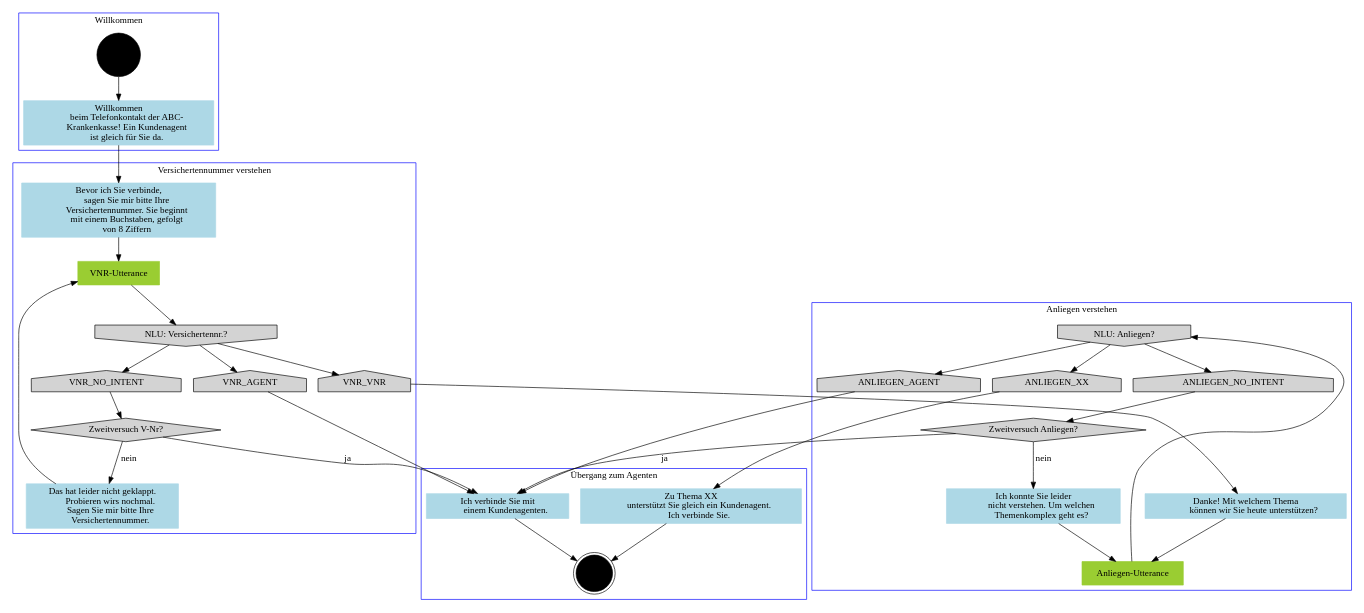
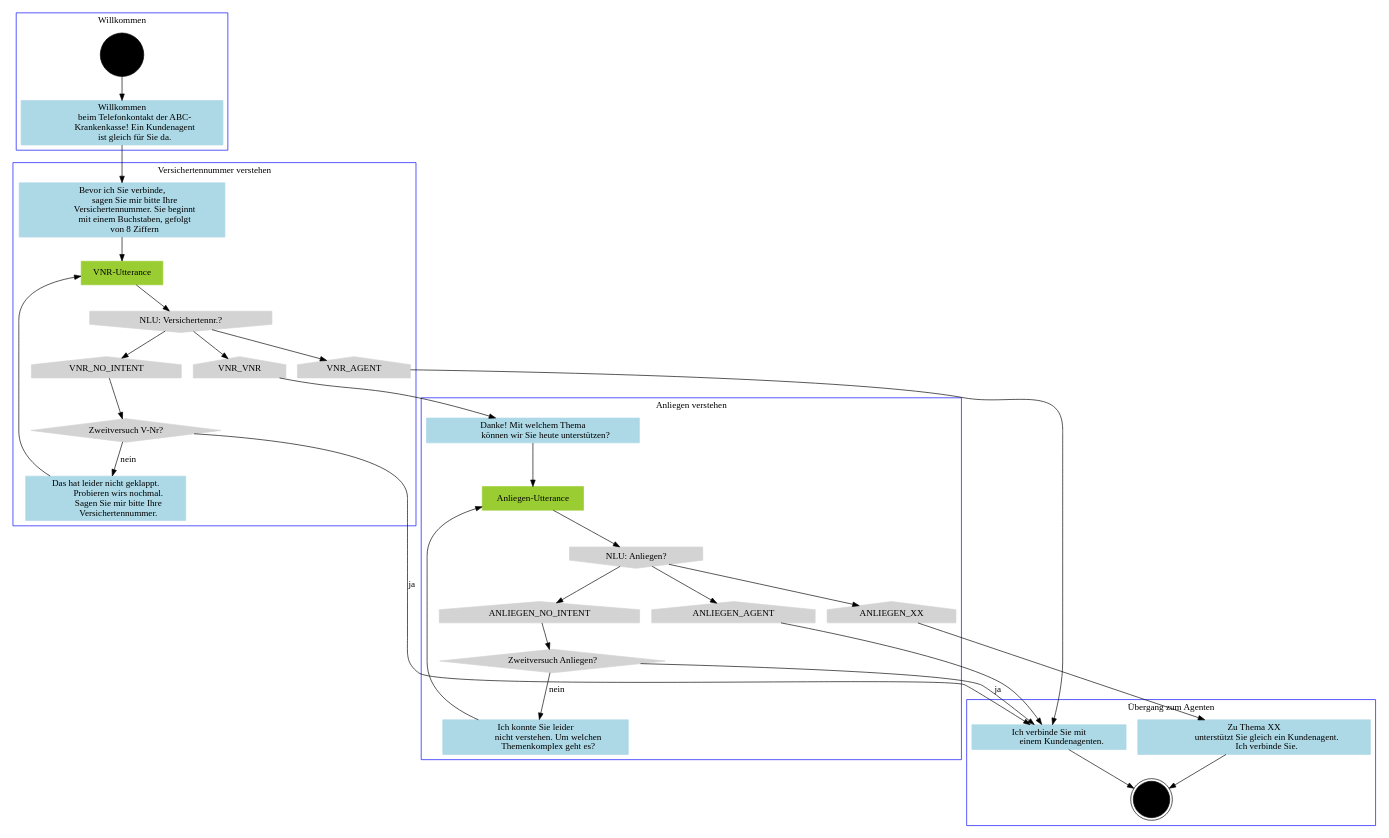
One commit to BrianInGermany/BrianInGermany.github.io changed the diagram in assets/flow.dot. Above: the diagram before and after it, drawn with Graphviz. The commit also changed 2 other files, not shown here.

```diff
--- a/assets/flow.dot
+++ b/assets/flow.dot
@@ -1,93 +1,114 @@
 digraph tel_flow {
-    node[style=filled]
-    start[shape=circle,color=black]
-    end[shape=doublecircle,color=black]
-    prompt_welcome[shape=box,color=lightblue,label="Willkommen
-        beim Telefonkontakt der ABC-
-        Krankenkasse! Ein Kundenagent 
-        ist gleich für Sie da."]
-    prompt_vnr[shape=box,color=lightblue,label="Bevor ich Sie verbinde,
-        sagen Sie mir bitte Ihre
-        Versichertennummer. Sie beginnt 
-        mit einem Buchstaben, gefolgt
-        von 8 Ziffern"]
-    utterance_vnr[shape=box,color=yellowgreen,label="VNR-Utterance"]
-    nlu_vnr[shape=invhouse,label="NLU: Versichertennr.?"]
-    nlu_anliegen[shape=invhouse,label="NLU: Anliegen?"]
-    prompt_vnr_fail[shape=box,color=lightblue,label="Das hat leider nicht geklappt. 
-        Probieren wirs nochmal.
-        Sagen Sie mir bitte Ihre
-        Versichertennummer."]
-    prompt_vnr_success[shape=box,color=lightblue,label="Danke! Mit welchem Thema 
-        können wir Sie heute unterstützen?"]
-    utterance_anliegen[shape=box,color=yellowgreen,label="Anliegen-Utterance"]
-    prompt_anliegen_success[shape=box,color=lightblue,label="Zu Thema XX
-        unterstützt Sie gleich ein Kundenagent.
-        Ich verbinde Sie."]
-    intent_vnr_no_intent[shape=house,label="VNR_NO_INTENT"]
-    intent_vnr_agent[shape=house,label="VNR_AGENT"]
-    intent_vnr_vnr[shape=house,label="VNR_VNR"]
-    intent_anliegen_no_intent[shape=house,label="ANLIEGEN_NO_INTENT"]
-    intent_anliegen_agent[shape=house,label="ANLIEGEN_AGENT"]
-    intent_anliegen_xx[shape=house,label="ANLIEGEN_XX"]
-    prompt_connect_agent[shape=box,color=lightblue,label="Ich verbinde Sie mit
-        einem Kundenagenten."]
-    logic_zweitversuch_vnr[shape=diamond,label="Zweitversuch V-Nr?"]
-    prompt_nicht_verstanden_anliegen[shape=box,color=lightblue,label="Ich konnte Sie leider
-        nicht verstehen. Um welchen 
-        Themenkomplex geht es?"]
-    logic_zweitversuch_anliegen[shape=diamond,label="Zweitversuch Anliegen?"]
+// NODE DEFINITIONS
+    // start nodes
+    node[style=filled,shape=circle,color=black]
+        start[shape=circle,color=black]
 
+    // end nodes
+    node[style=filled,shape=doublecircle,color=black]
+        end[shape=doublecircle,color=black]
+
+    // prompt nodes
+    node[style=filled,shape=box,color=lightblue]
+        prompt_welcome[label="Willkommen
+            beim Telefonkontakt der ABC-
+            Krankenkasse! Ein Kundenagent 
+            ist gleich für Sie da."]
+        prompt_vnr[label="Bevor ich Sie verbinde,
+            sagen Sie mir bitte Ihre
+            Versichertennummer. Sie beginnt 
+            mit einem Buchstaben, gefolgt
+            von 8 Ziffern"]
+        prompt_vnr_fail[label="Das hat leider nicht geklappt. 
+            Probieren wirs nochmal.
+            Sagen Sie mir bitte Ihre
+            Versichertennummer."]
+        prompt_vnr_success[label="Danke! Mit welchem Thema 
+            können wir Sie heute unterstützen?"]
+        prompt_anliegen_success[label="Zu Thema XX
+            unterstützt Sie gleich ein Kundenagent.
+            Ich verbinde Sie."]
+        prompt_connect_agent[label="Ich verbinde Sie mit
+            einem Kundenagenten."]  
+        prompt_nicht_verstanden_anliegen[label="Ich konnte Sie leider
+            nicht verstehen. Um welchen 
+            Themenkomplex geht es?"]
+
+    // utterance nodes
+    node[style=filled,shape=box,color=yellowgreen]
+        utterance_vnr[label="VNR-Utterance"]
+        utterance_anliegen[label="Anliegen-Utterance"]
+
+    // nlu nodes
+    node[style=filled,shape=invhouse,color=lightgray]
+        nlu_vnr[label="NLU: Versichertennr.?"]
+        nlu_anliegen[label="NLU: Anliegen?"]
+
+    // intent nodes
+    node[style=filled,shape=house,color=lightgray]
+        intent_vnr_no_intent[label="VNR_NO_INTENT"]
+        intent_vnr_agent[label="VNR_AGENT"]
+        intent_vnr_vnr[label="VNR_VNR"]
+        intent_anliegen_no_intent[label="ANLIEGEN_NO_INTENT"]
+        intent_anliegen_agent[label="ANLIEGEN_AGENT"]
+        intent_anliegen_xx[label="ANLIEGEN_XX"]
+    
+    // logic nodes
+    node[style=filled,shape=diamond,color=lightgray]  
+        logic_zweitversuch_vnr[label="Zweitversuch V-Nr?"]
+        logic_zweitversuch_anliegen[label="Zweitversuch Anliegen?"]
+
+// SUBGRAPH AND CONNECTION DEFINITIONS
 
 subgraph cluster_welcome {
     label = "Willkommen"
     color = blue
     start -> prompt_welcome
 
 }
 
 subgraph cluster_vnr {
     label = "Versichertennummer verstehen"
     color = blue
     prompt_welcome -> prompt_vnr
 
     prompt_vnr -> utterance_vnr
     utterance_vnr -> nlu_vnr
     nlu_vnr -> intent_vnr_agent
     nlu_vnr -> intent_vnr_vnr
     nlu_vnr -> intent_vnr_no_intent
     intent_vnr_no_intent -> logic_zweitversuch_vnr
     logic_zweitversuch_vnr -> prompt_vnr_fail [label="nein"]
 }
     logic_zweitversuch_vnr -> prompt_connect_agent [label="ja"]
     prompt_connect_agent -> end
     prompt_vnr_fail -> utterance_vnr
     prompt_vnr_success -> utterance_anliegen
     utterance_anliegen -> nlu_anliegen
 
 subgraph cluster_anliegen {
     label = "Anliegen verstehen"
     color = blue
     intent_vnr_vnr -> prompt_vnr_success
 
     nlu_anliegen -> intent_anliegen_xx
     nlu_anliegen -> intent_anliegen_agent
     nlu_anliegen -> intent_anliegen_no_intent
     intent_anliegen_no_intent -> logic_zweitversuch_anliegen
     logic_zweitversuch_anliegen -> prompt_nicht_verstanden_anliegen [label="nein"]
     prompt_nicht_verstanden_anliegen -> utterance_anliegen
 
 
 }
 subgraph cluster_to_agent {
     label = "Übergang zum Agenten"
     color = blue
     intent_anliegen_agent -> prompt_connect_agent
     intent_vnr_agent -> prompt_connect_agent
     intent_anliegen_xx -> prompt_anliegen_success
     logic_zweitversuch_anliegen -> prompt_connect_agent [label="ja"]
     prompt_anliegen_success -> end
 
 }
 
 }
```
